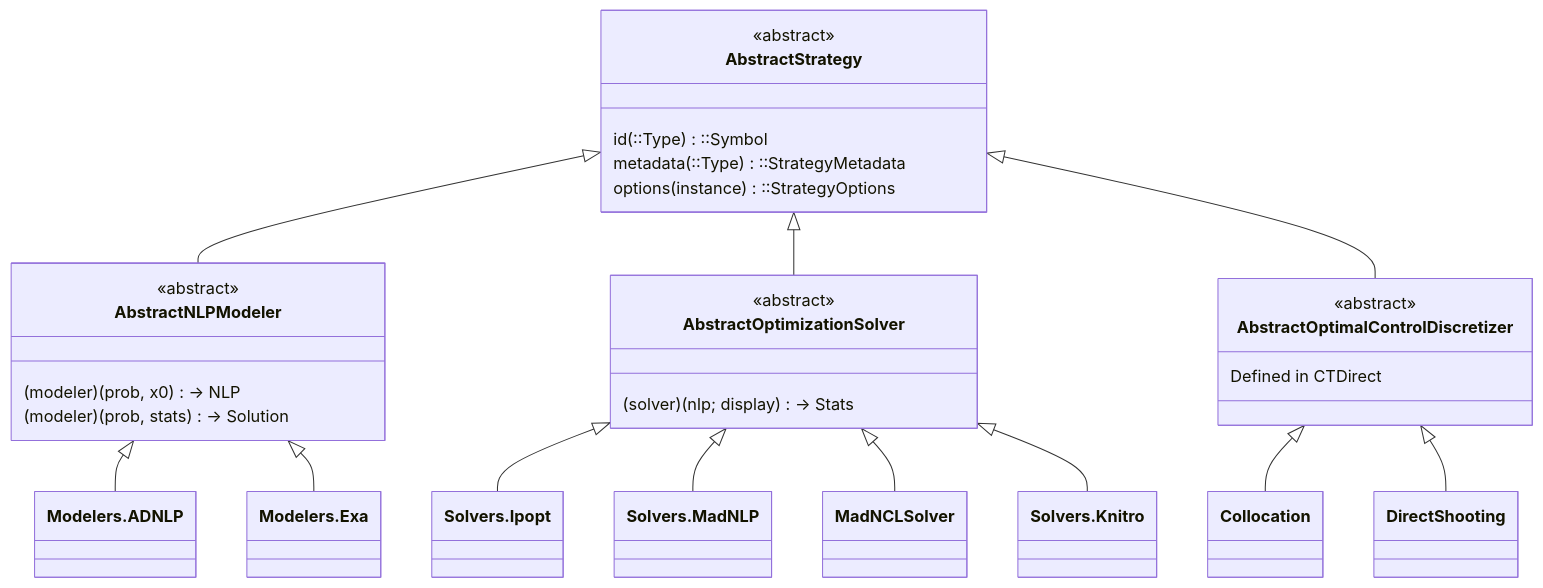
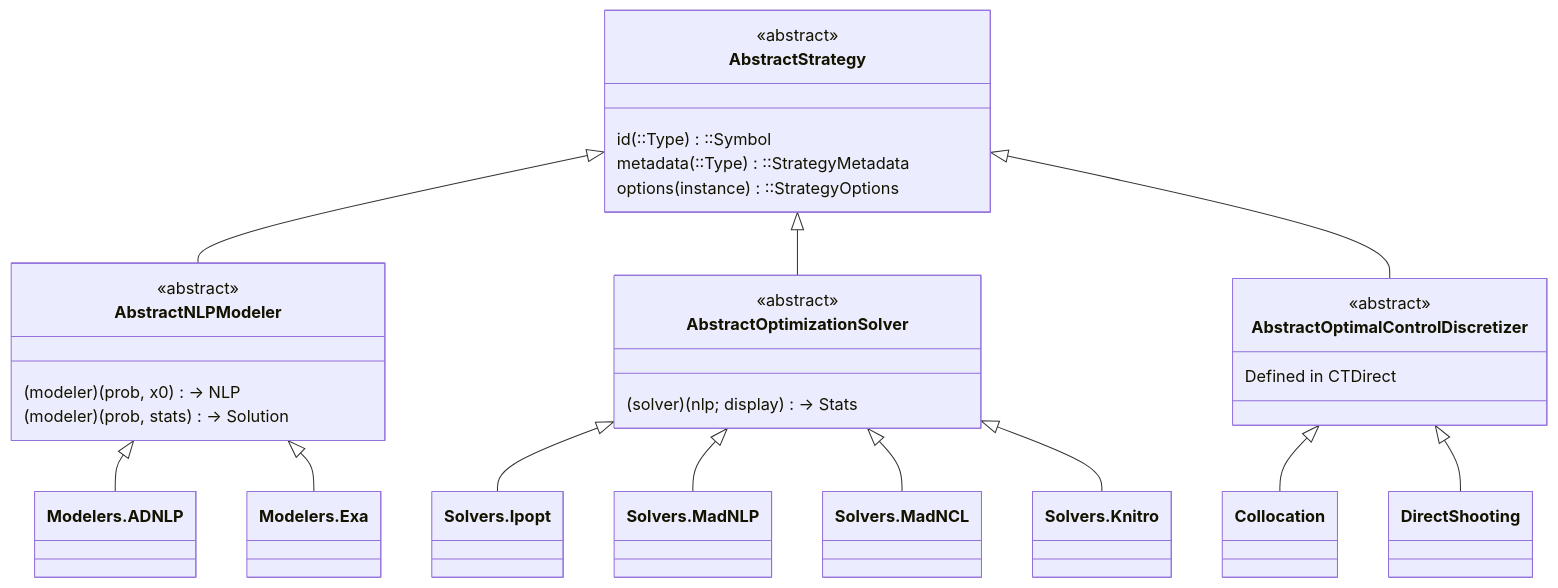
Before and after one commit to control-toolbox/CTSolvers.jl: the first of 6 diagrams in docs/src/architecture.md, drawn with Mermaid. The commit also changed other lines of this file and 13 other files, not shown here.

Commit message:
Rename MadNCLSolver to Solvers.MadNCL for consistency

````diff
--- a/docs/src/architecture.md
+++ b/docs/src/architecture.md
@@ -44,38 +44,38 @@
 ```mermaid
 classDiagram
     direction TB
     class AbstractStrategy {
         <<abstract>>
         id(::Type)::Symbol
         metadata(::Type)::StrategyMetadata
         options(instance)::StrategyOptions
     }
 
     AbstractStrategy <|-- AbstractNLPModeler
     AbstractStrategy <|-- AbstractOptimizationSolver
     AbstractStrategy <|-- AbstractOptimalControlDiscretizer
 
     class AbstractNLPModeler {
         <<abstract>>
         (modeler)(prob, x0) → NLP
         (modeler)(prob, stats) → Solution
     }
     AbstractNLPModeler <|-- Modelers.ADNLP
     AbstractNLPModeler <|-- Modelers.Exa
 
     class AbstractOptimizationSolver {
         <<abstract>>
         (solver)(nlp; display) → Stats
     }
     AbstractOptimizationSolver <|-- Solvers.Ipopt
     AbstractOptimizationSolver <|-- Solvers.MadNLP
-    AbstractOptimizationSolver <|-- MadNCLSolver
+    AbstractOptimizationSolver <|-- Solvers.MadNCL
     AbstractOptimizationSolver <|-- Solvers.Knitro
 
     class AbstractOptimalControlDiscretizer {
         <<abstract>>
         Defined in CTDirect
     }
     AbstractOptimalControlDiscretizer <|-- Collocation
     AbstractOptimalControlDiscretizer <|-- DirectShooting
 ```
````
